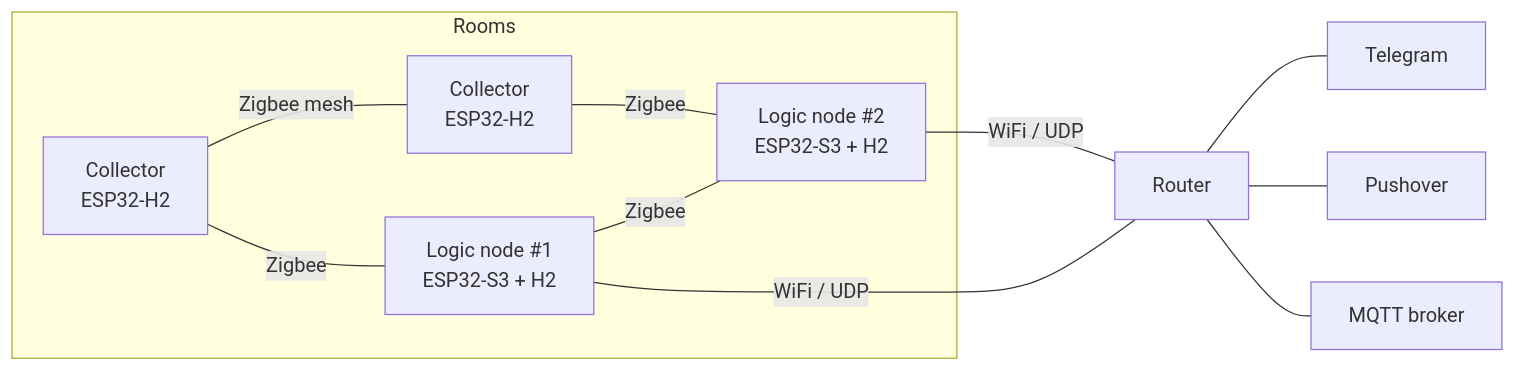
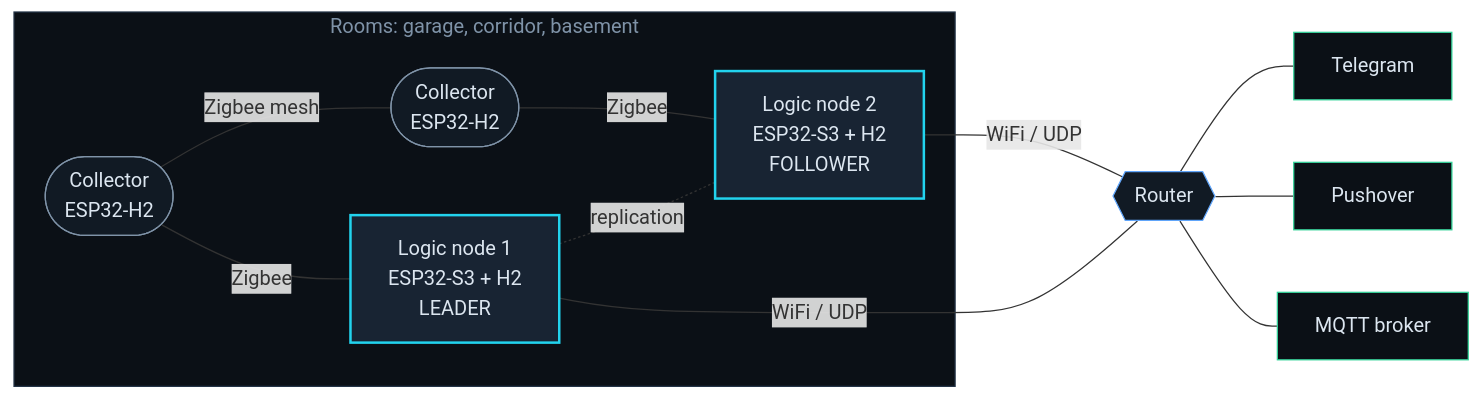
Before and after one commit to Lindenson/garageAlarms: the first of 4 diagrams in README.md, drawn with Mermaid. The commit also changed other lines of this file and 4 other files, not shown here.

````diff
--- a/README.md
+++ b/README.md
@@ -41,14 +65,24 @@
 ```mermaid
 flowchart LR
-  subgraph Rooms
-    C1[Collector<br/>ESP32-H2] -- Zigbee mesh --- C2[Collector<br/>ESP32-H2]
-    C1 -- Zigbee --- L1[Logic node #1<br/>ESP32-S3 + H2]
-    C2 -- Zigbee --- L2[Logic node #2<br/>ESP32-S3 + H2]
-    L1 -- Zigbee --- L2
+  subgraph Rooms["Rooms: garage, corridor, basement"]
+    C1(["Collector<br/>ESP32-H2"]) -- Zigbee mesh --- C2(["Collector<br/>ESP32-H2"])
+    C1 -- Zigbee --- L1["Logic node 1<br/>ESP32-S3 + H2<br/>LEADER"]
+    C2 -- Zigbee --- L2["Logic node 2<br/>ESP32-S3 + H2<br/>FOLLOWER"]
+    L1 -. replication .- L2
   end
-  L1 -- WiFi / UDP --- R[Router]
+  L1 -- WiFi / UDP --- R{{Router}}
   L2 -- WiFi / UDP --- R
   R --- TG[Telegram]
   R --- PO[Pushover]
   R --- MQ[MQTT broker]
+
+  classDef collector fill:#111a24,stroke:#7f93a8,color:#dce6f0
+  classDef logic fill:#182433,stroke:#22d3ee,stroke-width:2px,color:#dce6f0
+  classDef router fill:#111a24,stroke:#60a5fa,color:#dce6f0
+  classDef ext fill:#0b1016,stroke:#34d399,color:#dce6f0
+  class C1,C2 collector
+  class L1,L2 logic
+  class R router
+  class TG,PO,MQ ext
+  style Rooms fill:#0b1016,stroke:#243447,color:#7f93a8
 ```
````
